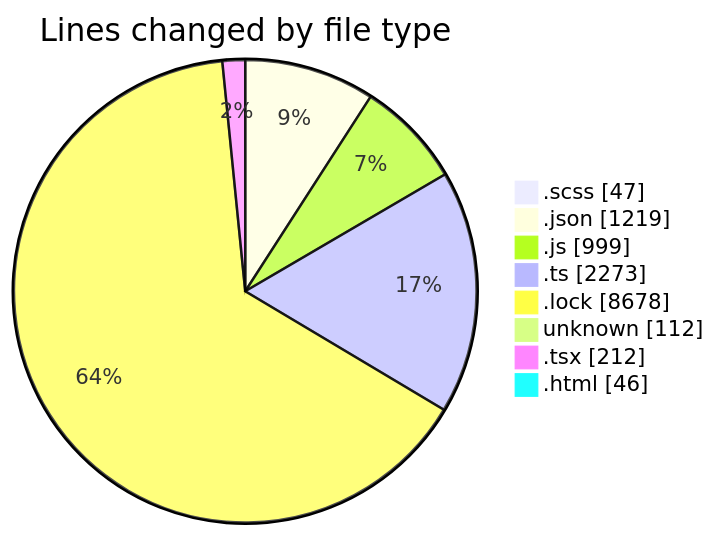
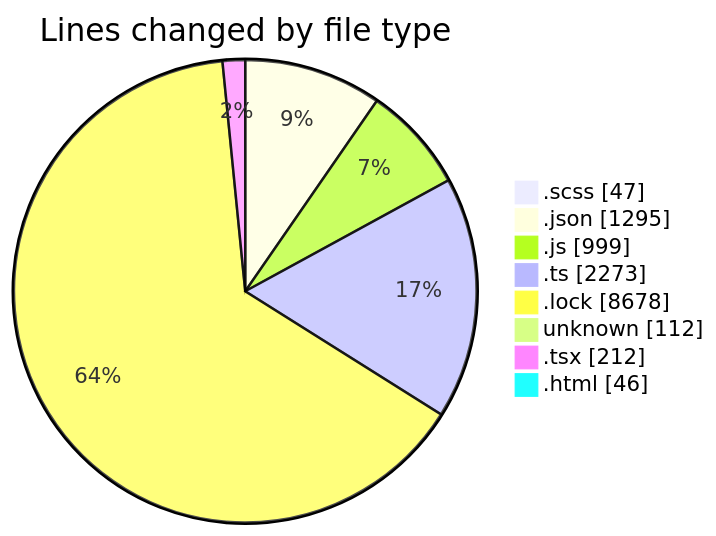
One commit to momahboobian/code-tracking changed the first of 2 diagrams in 2026-04-21/cda/README.md. Above: the diagram before and after it, drawn with Mermaid. The commit also changed other lines of this file and 1 other file, not shown here.

````diff
--- a/2026-04-21/cda/README.md
+++ b/2026-04-21/cda/README.md
@@ -53,12 +54,12 @@
 ```mermaid
 pie showData
 title Lines changed by file type
 ".scss" : 47
-".json" : 1219
+".json" : 1295
 ".js" : 999
 ".ts" : 2273
 ".lock" : 8678
 "unknown" : 112
 ".tsx" : 212
 ".html" : 46
 ```
````
